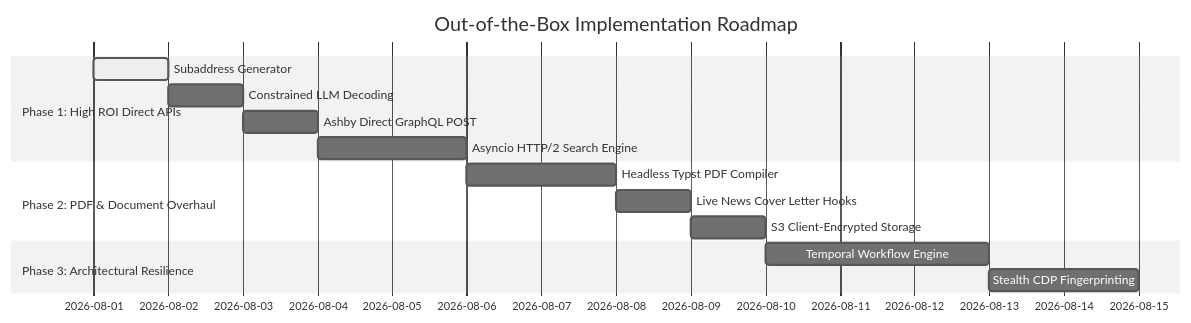
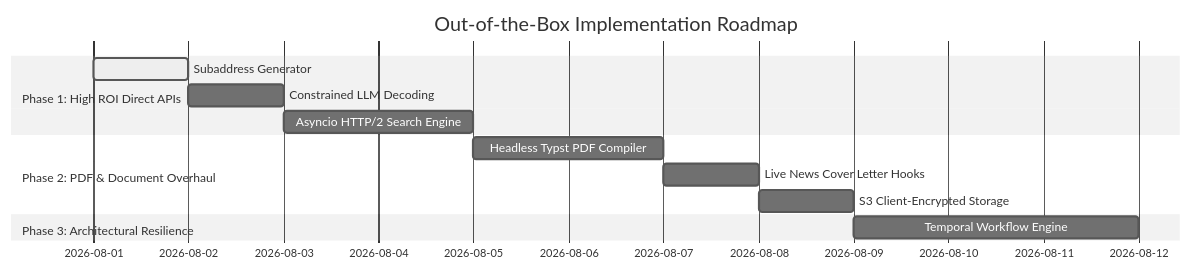
Before and after one commit to beastofbayarea/Job-App-Automation: the diagram in RICE_PRIORITIZATION.md, drawn with Mermaid (neutral theme). The commit also changed other lines of this file and 10 other files, not shown here.

````diff
--- a/RICE_PRIORITIZATION.md
+++ b/RICE_PRIORITIZATION.md
@@ -92,17 +82,15 @@
 ```mermaid
 gantt
     title Out-of-the-Box Implementation Roadmap
     dateFormat  YYYY-MM-DD
     section Phase 1: High ROI Direct APIs
     Subaddress Generator        :active, p1, 2026-08-01, 1d
     Constrained LLM Decoding     :p2, after p1, 1d
-    Ashby Direct GraphQL POST    :p3, after p2, 1d
-    Asyncio HTTP/2 Search Engine :p4, after p3, 2d
+    Asyncio HTTP/2 Search Engine :p4, after p2, 2d
     section Phase 2: PDF & Document Overhaul
     Headless Typst PDF Compiler  :p5, after p4, 2d
     Live News Cover Letter Hooks :p6, after p5, 1d
     S3 Client-Encrypted Storage  :p7, after p6, 1d
     section Phase 3: Architectural Resilience
     Temporal Workflow Engine     :p8, after p7, 3d
-    Stealth CDP Fingerprinting   :p9, after p8, 2d
 ```
````
